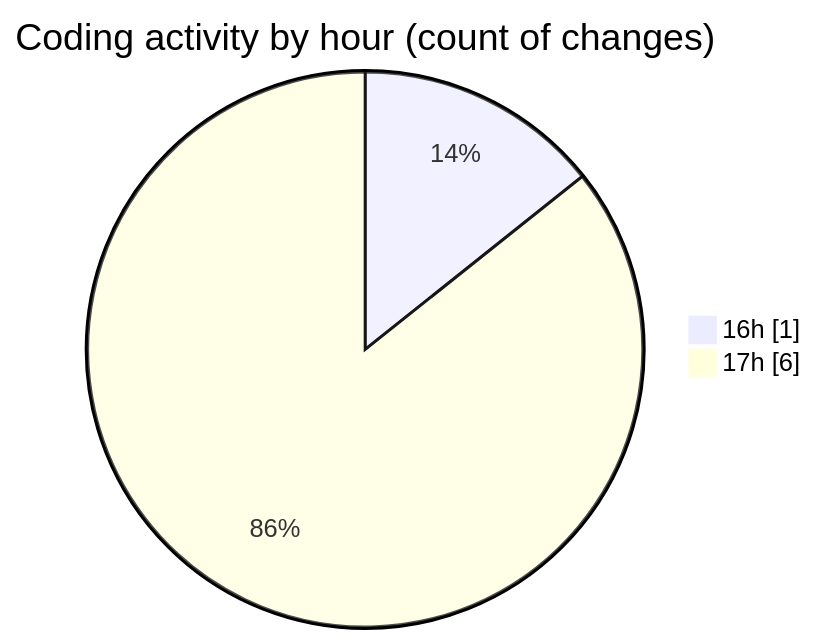
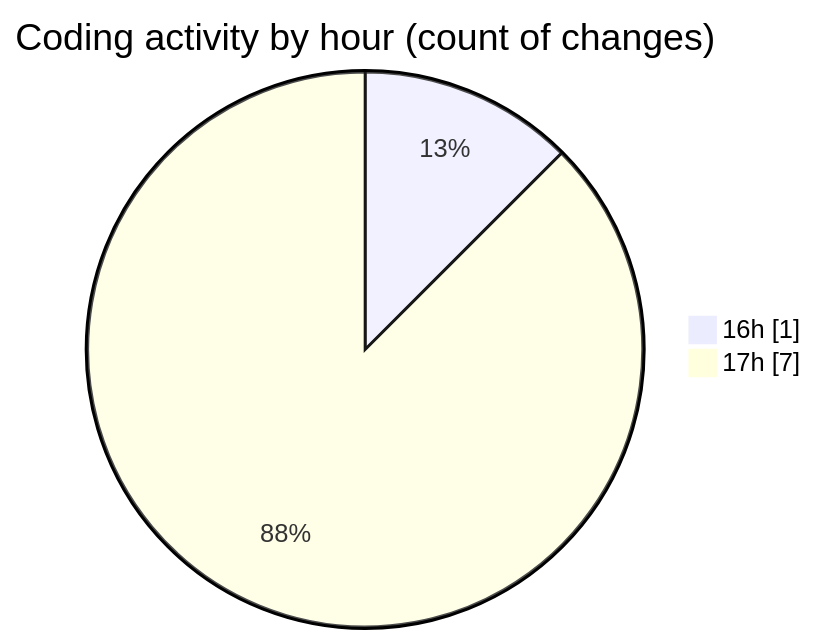
One commit to debugP/code-tracking changed the second of 2 diagrams in 2025-08-20/enfold-child/README.md. Above: the diagram before and after it, drawn with Mermaid. The commit also changed other lines of this file and 1 other file, not shown here.

````diff
--- a/2025-08-20/enfold-child/README.md
+++ b/2025-08-20/enfold-child/README.md
@@ -28,6 +28,6 @@
 ```mermaid
 pie showData
 title Coding activity by hour (count of changes)
 "16h" : 1
-"17h" : 6
+"17h" : 7
 ```
````
